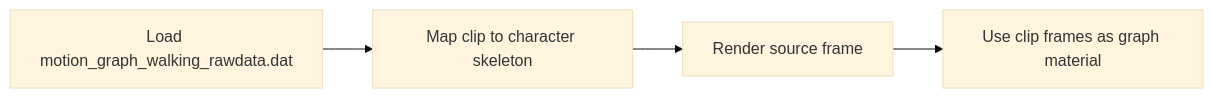
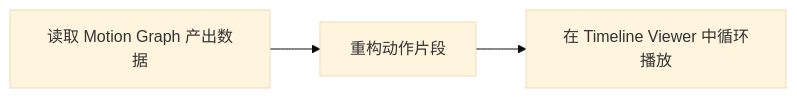
One commit to EvihGraphics/AnimationTech-HTC changed the third of 6 diagrams in docs/blog/AnimationPapers/precomputing_avatar_behavior/README.md. Above: the diagram before and after it, drawn with Mermaid (base theme). The commit also changed other lines of this file and 21 other files, not shown here.

````diff
--- a/docs/blog/AnimationPapers/precomputing_avatar_behavior/README.md
+++ b/docs/blog/AnimationPapers/precomputing_avatar_behavior/README.md
@@ -63,6 +70,5 @@
 ```mermaid
 flowchart LR
-    A[Load motion_graph_walking_rawdata.dat] --> B[Map clip to character skeleton]
-    B --> C[Render source frame]
-    C --> D[Use clip frames as graph material]
+    A[读取 Motion Graph 产出数据] --> B[重构动作片段]
+    B --> C[在 Timeline Viewer 中循环播放]
 ```
````
